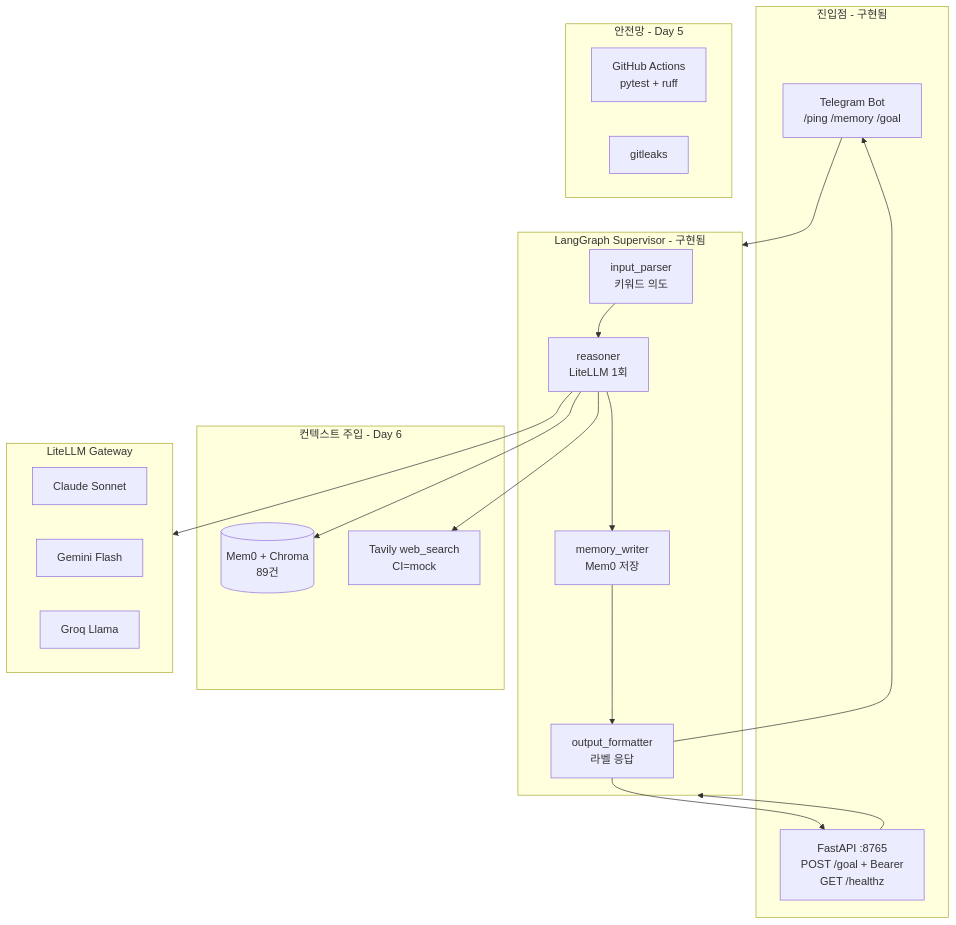
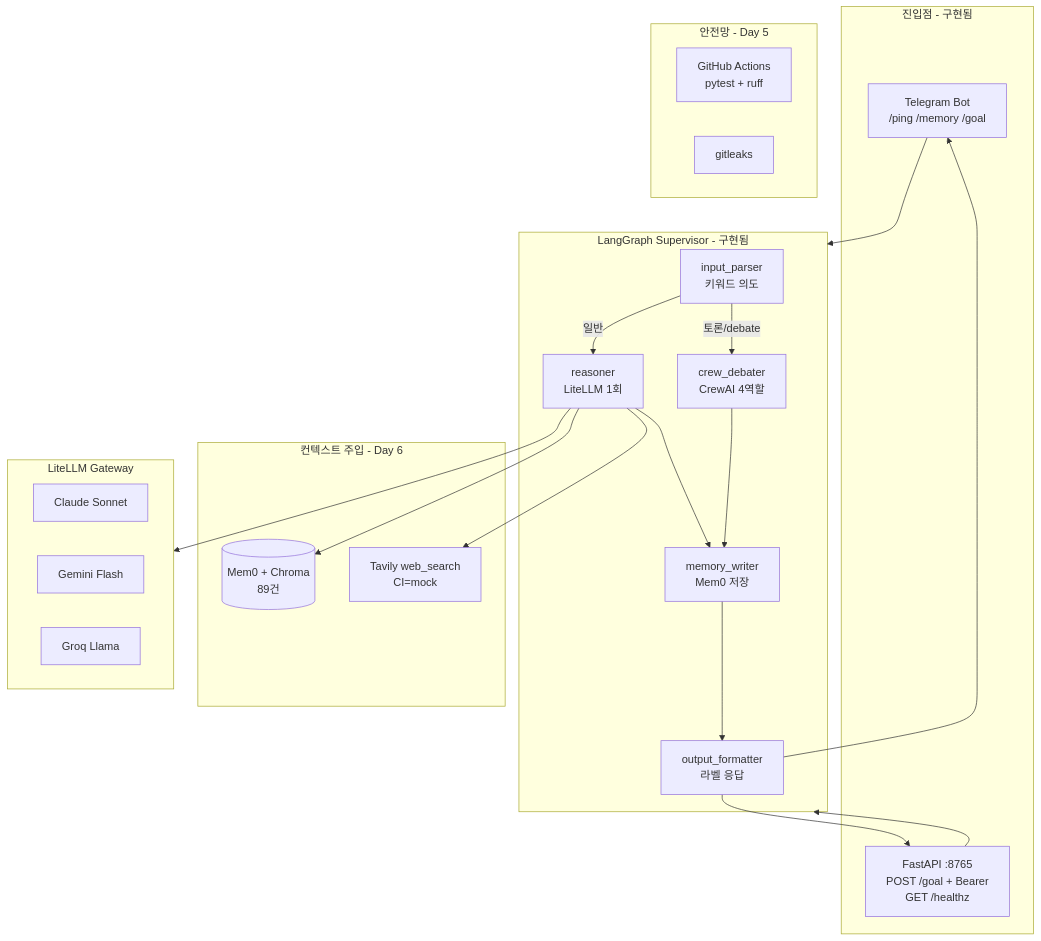
The first of 3 diagrams in docs/ARCHITECTURE.md (erozna/dokkebi-os-2), drawn with Mermaid before and after one commit. The commit also changed other lines of this file and 13 other files, not shown here.

First line of the commit message:
feat(crew): Week 2 CrewAI 4-role debate + LangGraph branch.

````diff
--- a/docs/ARCHITECTURE.md
+++ b/docs/ARCHITECTURE.md
@@ -7,40 +7,43 @@
 ```mermaid
 flowchart TB
     subgraph ingress [진입점 - 구현됨]
         TG[Telegram Bot<br/>/ping /memory /goal]
         API[FastAPI :8765<br/>POST /goal + Bearer<br/>GET /healthz]
     end
 
     subgraph supervisor [LangGraph Supervisor - 구현됨]
         IP[input_parser<br/>키워드 의도]
         R[reasoner<br/>LiteLLM 1회]
+        CD[crew_debater<br/>CrewAI 4역할]
         MW[memory_writer<br/>Mem0 저장]
         OF[output_formatter<br/>라벨 응답]
-        IP --> R --> MW --> OF
+        IP -->|일반| R --> MW
+        IP -->|토론/debate| CD --> MW
+        MW --> OF
     end
 
     subgraph context [컨텍스트 주입 - Day 6]
         MEM[(Mem0 + Chroma<br/>89건)]
         WEB[Tavily web_search<br/>CI=mock]
         R --> MEM
         R --> WEB
     end
 
     subgraph llm [LiteLLM Gateway]
         SONNET[Claude Sonnet]
         GEMINI[Gemini Flash]
         GROQ[Groq Llama]
     end
 
     R --> llm
 
     TG --> supervisor
     API --> supervisor
     OF --> TG
     OF --> API
 
     subgraph ci [안전망 - Day 5]
         GHA[GitHub Actions<br/>pytest + ruff]
         GL[gitleaks]
     end
 ```
````
